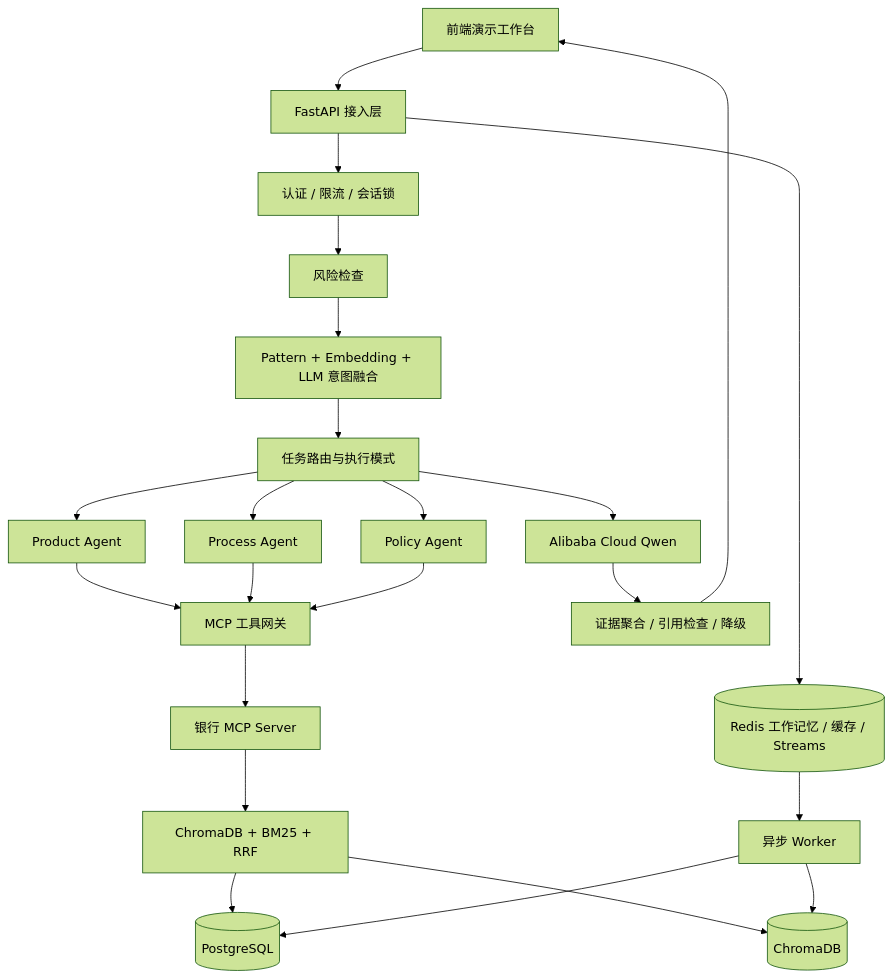
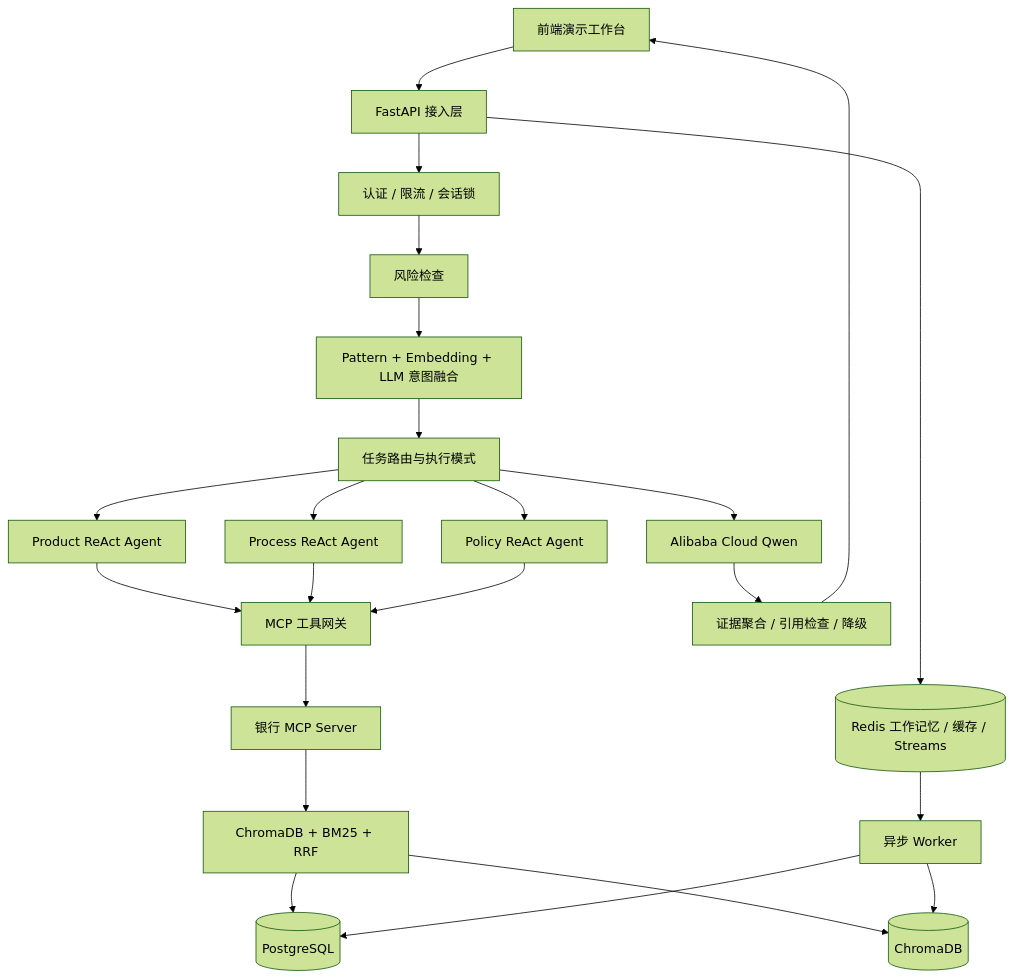
The diagram in README.md (bruce-learning/Corporate-Banking), drawn with Mermaid (forest theme) before and after one commit. The commit also changed other lines of this file and 20 other files, not shown here.

````diff
--- a/README.md
+++ b/README.md
@@ -27,25 +28,25 @@
 ```mermaid
 flowchart TD
     UI[前端演示工作台] --> API[FastAPI 接入层]
     API --> AUTH[认证 / 限流 / 会话锁]
     AUTH --> SAFE[风险检查]
     SAFE --> INTENT[Pattern + Embedding + LLM 意图融合]
     INTENT --> ROUTER[任务路由与执行模式]
-    ROUTER --> PRODUCT[Product Agent]
-    ROUTER --> PROCESS[Process Agent]
-    ROUTER --> POLICY[Policy Agent]
+    ROUTER --> PRODUCT[Product ReAct Agent]
+    ROUTER --> PROCESS[Process ReAct Agent]
+    ROUTER --> POLICY[Policy ReAct Agent]
     PRODUCT --> MCP[MCP 工具网关]
     PROCESS --> MCP
     POLICY --> MCP
     MCP --> MCP_SERVER[银行 MCP Server]
     MCP_SERVER --> RAG[ChromaDB + BM25 + RRF]
     RAG --> PG[(PostgreSQL)]
     RAG --> CHROMA[(ChromaDB)]
     API --> REDIS[(Redis 工作记忆 / 缓存 / Streams)]
     REDIS --> WORKER[异步 Worker]
     WORKER --> PG
     WORKER --> CHROMA
     ROUTER --> QWEN[Alibaba Cloud Qwen]
     QWEN --> GUARD[证据聚合 / 引用检查 / 降级]
     GUARD --> UI
 ```
````
